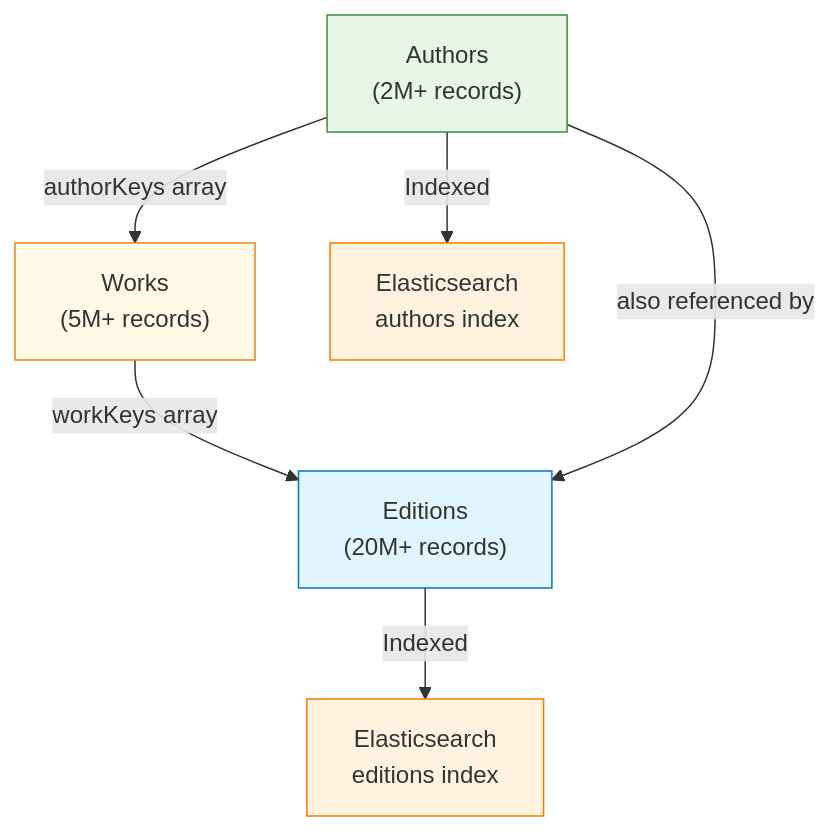
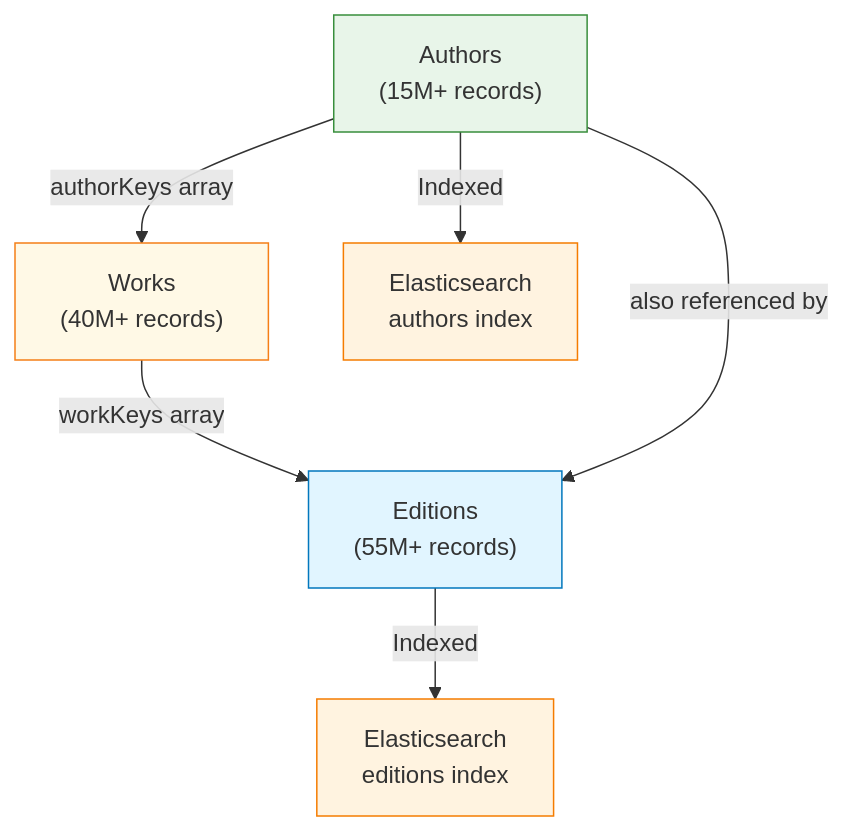
The second of 4 diagrams in docs-site/docs/concepts/overview.md (aikenahac/echo-alexandria), drawn with Mermaid before and after one commit. The commit also changed other lines of this file and 10 other files, not shown here.

````diff
--- a/docs-site/docs/concepts/overview.md
+++ b/docs-site/docs/concepts/overview.md
@@ -35,15 +35,15 @@
 ```mermaid
 graph TD
-    A["Authors<br/>(2M+ records)"] -->|authorKeys array| C["Works<br/>(5M+ records)"]
-    C -->|workKeys array| E["Editions<br/>(20M+ records)"]
+    A["Authors<br/>(15M+ records)"] -->|authorKeys array| C["Works<br/>(40M+ records)"]
+    C -->|workKeys array| E["Editions<br/>(55M+ records)"]
     A -->|also referenced by| E
 
     A -->|Indexed| A_ES["Elasticsearch<br/>authors index"]
     E -->|Indexed| E_ES["Elasticsearch<br/>editions index"]
 
     style A fill:#e8f5e9,stroke:#388e3c
     style C fill:#fff9e6,stroke:#f57f17
     style E fill:#e1f5ff,stroke:#0277bd
     style A_ES fill:#fff3e0,stroke:#f57c00
     style E_ES fill:#fff3e0,stroke:#f57c00
 ```
````
